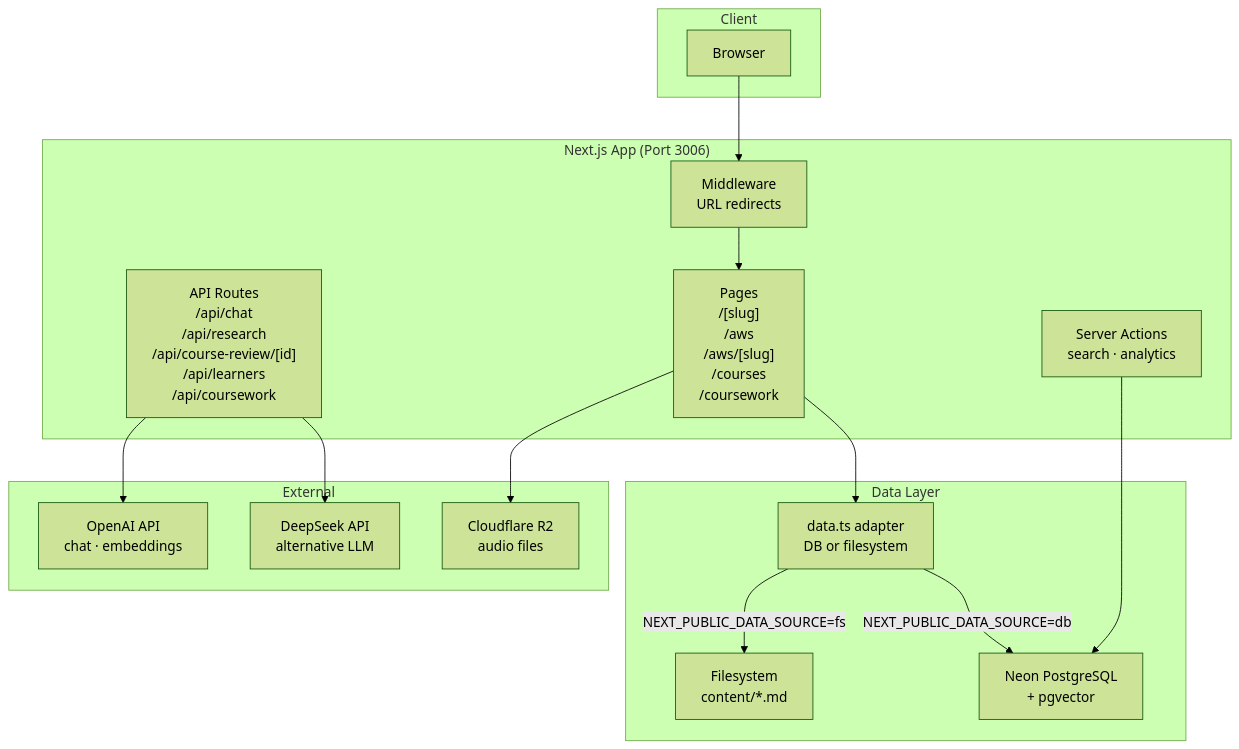
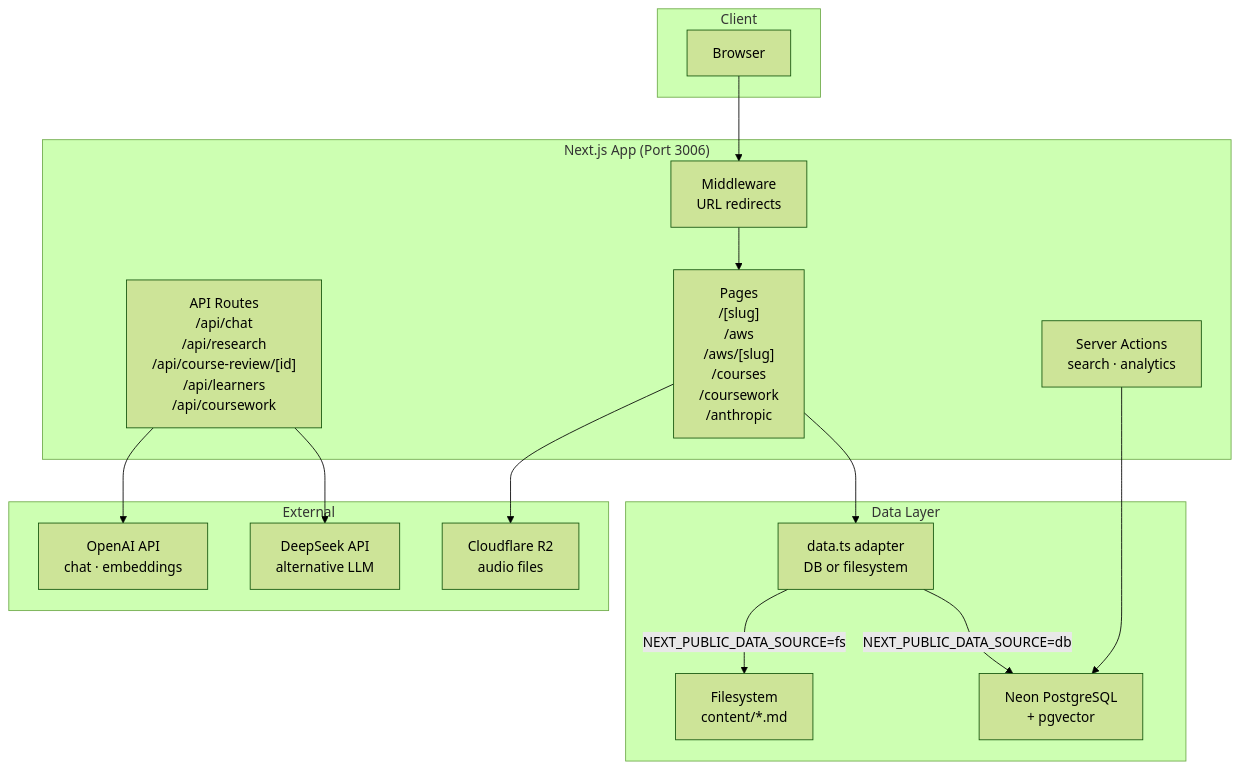
Before and after one commit to v9ai/ai-apps: the first of 12 diagrams in apps/knowledge/README.md, drawn with Mermaid (forest theme). The commit also changed other lines of this file and 4 other files, not shown here.

````diff
--- a/apps/knowledge/README.md
+++ b/apps/knowledge/README.md
@@ -18,35 +18,35 @@
 ```mermaid
 graph TD
     subgraph Client
         Browser["Browser"]
     end
 
     subgraph Next.js["Next.js App (Port 3006)"]
-        Pages["Pages\n/[slug]\n/aws\n/aws/[slug]\n/courses\n/coursework"]
+        Pages["Pages\n/[slug]\n/aws\n/aws/[slug]\n/courses\n/coursework\n/anthropic"]
         API["API Routes\n/api/chat\n/api/research\n/api/course-review/[id]\n/api/learners\n/api/coursework"]
         SA["Server Actions\nsearch · analytics"]
         MW["Middleware\nURL redirects"]
     end
 
     subgraph Data["Data Layer"]
         Adapter["data.ts adapter\nDB or filesystem"]
         FS["Filesystem\ncontent/*.md"]
         DB["Neon PostgreSQL\n+ pgvector"]
     end
 
     subgraph External
         OpenAI["OpenAI API\nchat · embeddings"]
         DeepSeek["DeepSeek API\nalternative LLM"]
         R2["Cloudflare R2\naudio files"]
     end
 
     Browser --> MW
     MW --> Pages
     Pages --> Adapter
     SA --> DB
     API --> OpenAI
     API --> DeepSeek
     Adapter -->|NEXT_PUBLIC_DATA_SOURCE=db| DB
     Adapter -->|NEXT_PUBLIC_DATA_SOURCE=fs| FS
     Pages --> R2
 ```
````
